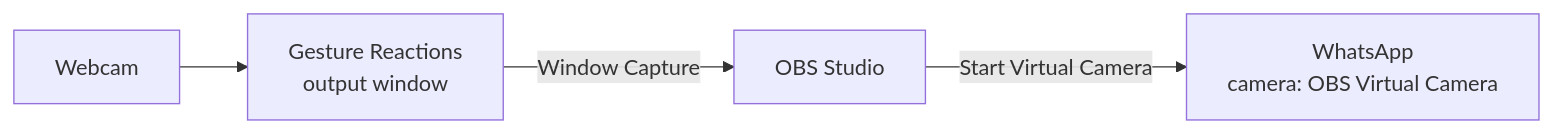
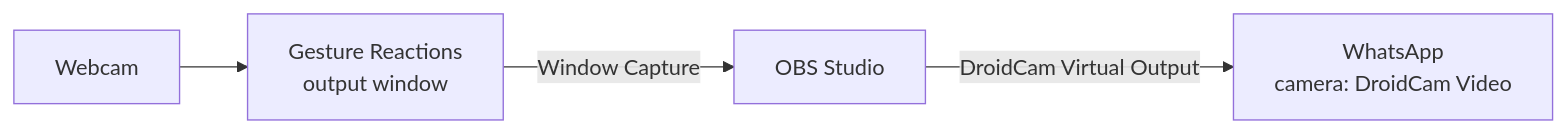
Before and after one commit to saihardhikreddy/gesture-reactions: the first of 2 diagrams in README.md, drawn with Mermaid. The commit also changed other lines of this file, not shown here.

First line of the commit message:
README: make DroidCam Video the WhatsApp route

````diff
--- a/README.md
+++ b/README.md
@@ -81,6 +83,6 @@
 ```mermaid
 flowchart LR
     A[Webcam] --> B[Gesture Reactions<br/>output window]
     B -->|Window Capture| C[OBS Studio]
-    C -->|Start Virtual Camera| D[WhatsApp<br/>camera: OBS Virtual Camera]
+    C -->|DroidCam Virtual Output| D[WhatsApp<br/>camera: DroidCam Video]
 ```
````
